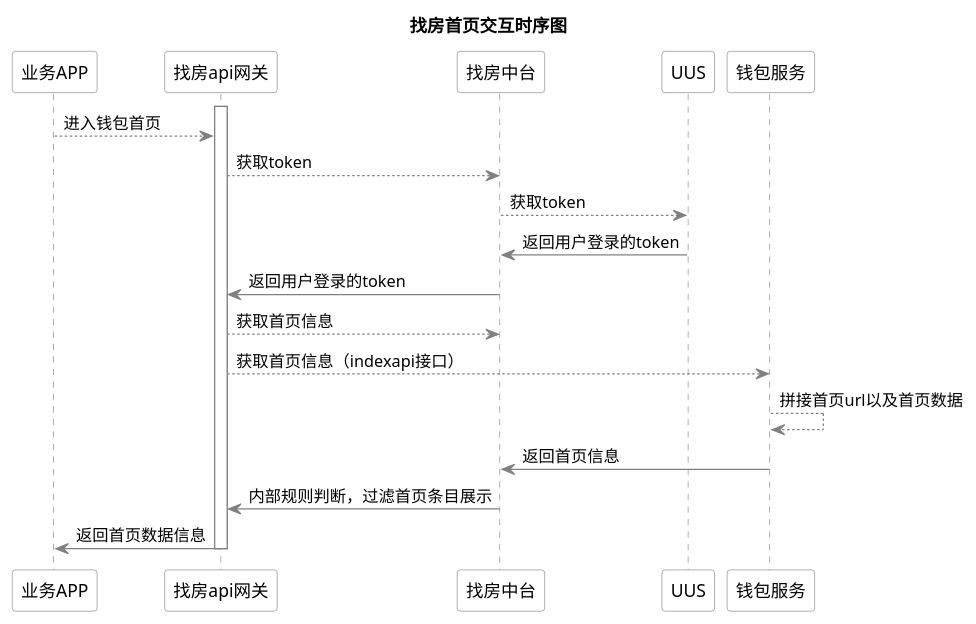
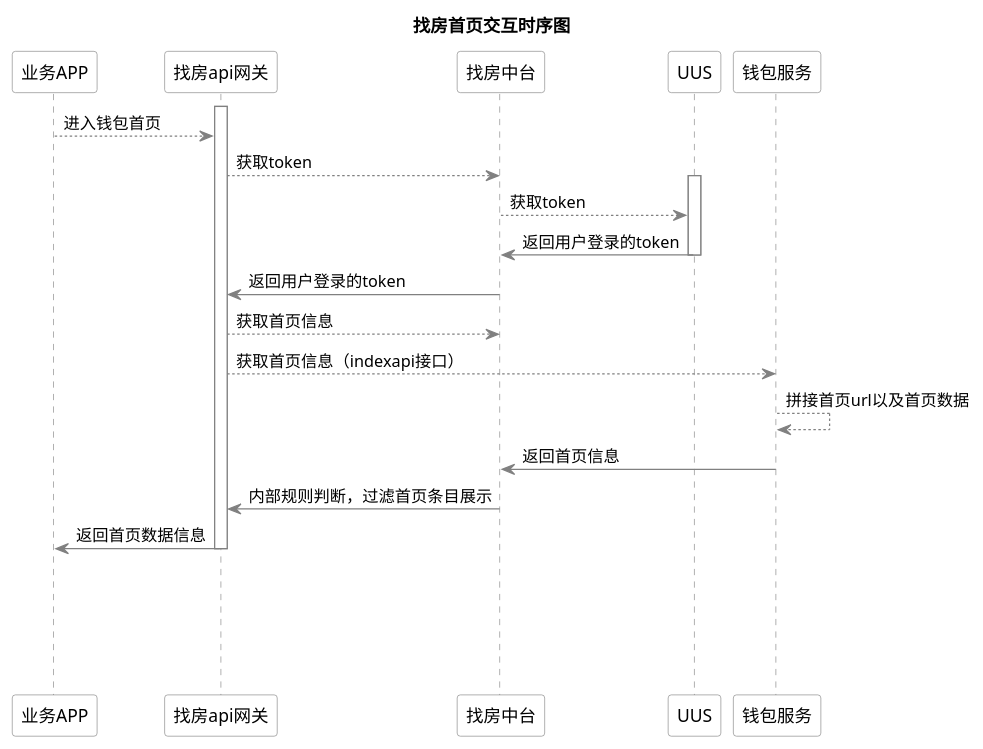
One commit to LUCKYZHOUSTAR/JAVA-repository changed the diagram in flow-chart/api/b-wallet/ke_ewallet.puml. Above: the diagram before and after it, drawn with PlantUML.

Commit message:
puml时序图信息

```diff
--- a/flow-chart/api/b-wallet/ke_ewallet.puml
+++ b/flow-chart/api/b-wallet/ke_ewallet.puml
@@ -1,46 +1,54 @@
 @startuml
 skinparam backgroundColor #FFFFFF
 skinparam sequence {
 	ArrowColor gray
 	ParticipantBorderColor gray
 	ParticipantBackgroundColor gray
 	ActorBackgroundColor gray
 	ActorFontColor #f0f0f0
 	LifeLineBorderColor gray
     LifeLineBackgroundColor gray
 
 }
 
 title 找房首页交互时序图
 participant 业务APP #FFFFFF
 participant 找房api网关 #FFFFFF
 participant 找房中台 #FFFFFF
 participant UUS #FFFFFF
 participant 钱包服务 #FFFFFF
 
 
 
 activate 找房api网关 #FFFFFF
 业务APP-->找房api网关: 进入钱包首页
+
+
 找房api网关-->找房中台: 获取token
+activate UUS #FFFFFF
+
 找房中台-->UUS: 获取token
 
+
 UUS->找房中台: 返回用户登录的token
+deactivate "UUS"
+
 找房中台->找房api网关: 返回用户登录的token
 
 找房api网关-->找房中台: 获取首页信息
 找房api网关-->钱包服务: 获取首页信息（indexapi接口）
 钱包服务-->钱包服务: 拼接首页url以及首页数据
 钱包服务->找房中台: 返回首页信息
 
 找房中台->找房api网关: 内部规则判断，过滤首页条目展示
 
 找房api网关->业务APP: 返回首页数据信息
 
 
 deactivate "找房api网关"
 
 
+||100||
 
 
 @enduml
```
